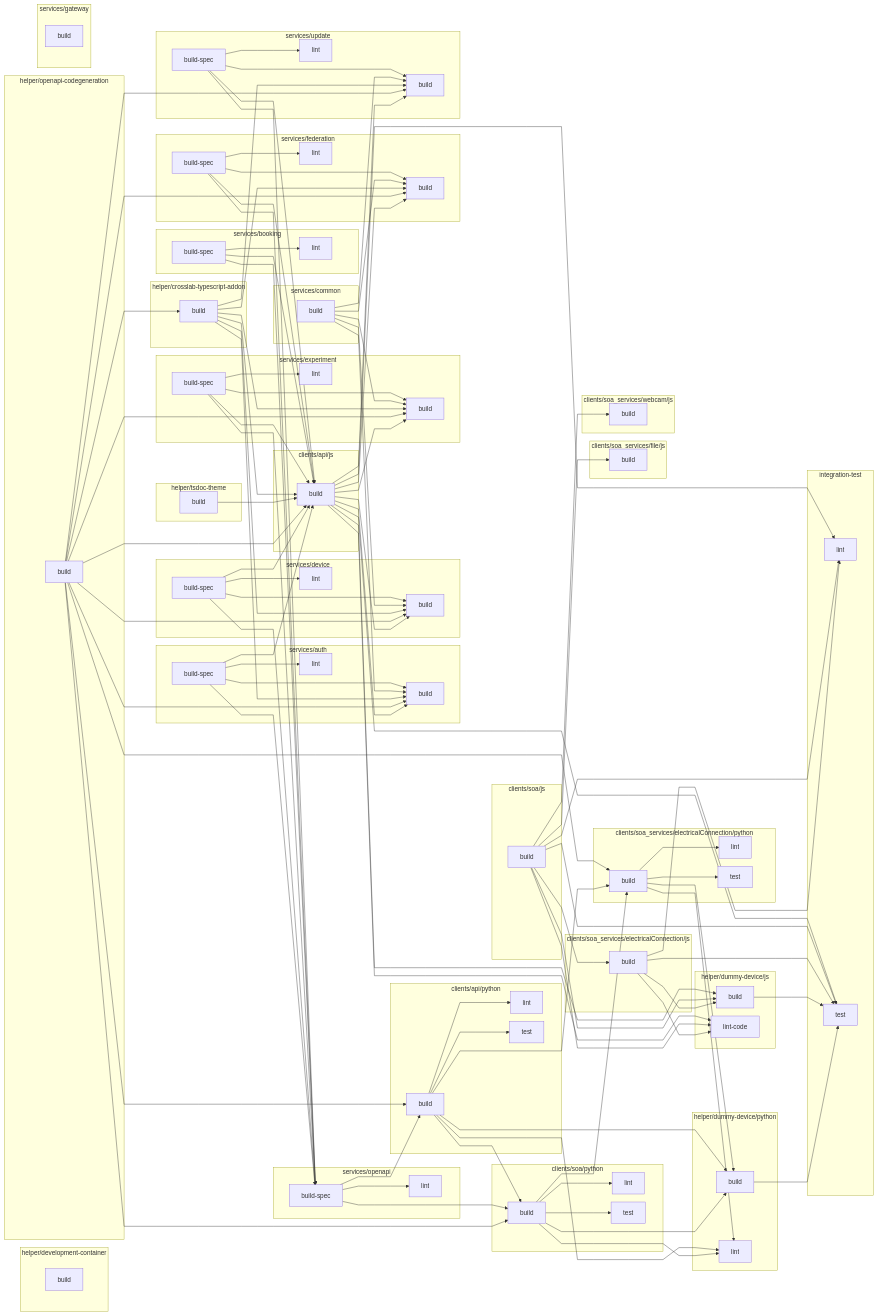
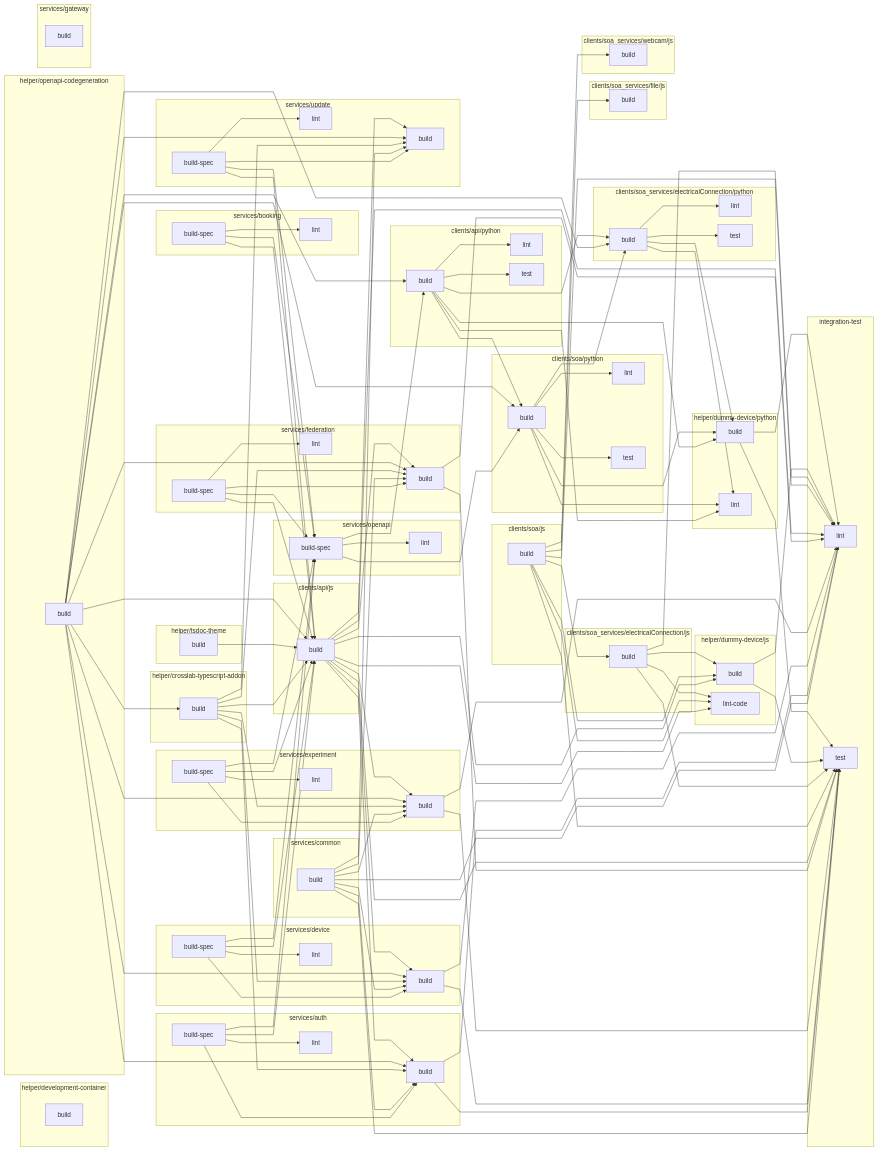
The diagram in README.md (Cross-Lab-Project/crosslab), drawn with Mermaid before and after one commit. The commit also changed 5 other files, not shown here.

```diff
--- a/README.md
+++ b/README.md
@@ -178,9 +178,21 @@
   clients/api/python:build[build] --> helper/dummy-device/python:lint[lint]
   clients/soa/python:build[build] --> helper/dummy-device/python:lint[lint]
   clients/soa_services/electricalConnection/python:build[build] --> helper/dummy-device/python:lint[lint]
+  services/common:build[build] --> integration-test:lint[lint]
+  services/auth:build[build] --> integration-test:lint[lint]
+  services/device:build[build] --> integration-test:lint[lint]
+  services/experiment:build[build] --> integration-test:lint[lint]
+  services/federation:build[build] --> integration-test:lint[lint]
   clients/api/js:build[build] --> integration-test:lint[lint]
   clients/soa/js:build[build] --> integration-test:lint[lint]
   clients/soa_services/electricalConnection/js:build[build] --> integration-test:lint[lint]
+  helper/dummy-device/js:build[build] --> integration-test:lint[lint]
+  helper/dummy-device/python:build[build] --> integration-test:lint[lint]
+  services/common:build[build] --> integration-test:test[test]
+  services/auth:build[build] --> integration-test:test[test]
+  services/device:build[build] --> integration-test:test[test]
+  services/experiment:build[build] --> integration-test:test[test]
+  services/federation:build[build] --> integration-test:test[test]
   clients/api/js:build[build] --> integration-test:test[test]
   clients/soa/js:build[build] --> integration-test:test[test]
   clients/soa_services/electricalConnection/js:build[build] --> integration-test:test[test]
```
